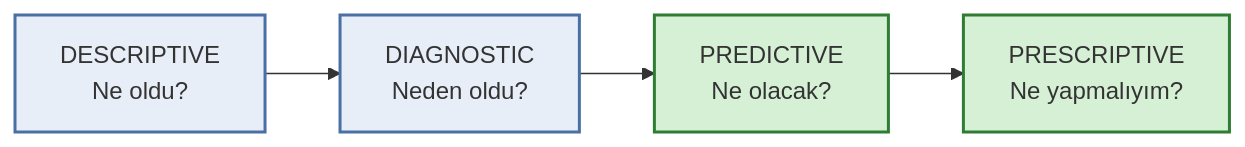
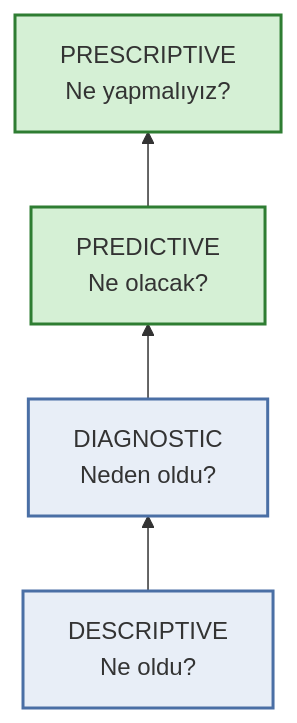
One commit to Mavrikant/mavrikant.github.io changed the first of 4 diagrams in _posts/2026-09-22-analitigin-dort-hali-descriptive-diagnostic-predictive-prescriptive.md. Above: the diagram before and after it, drawn with Mermaid. The commit also changed other lines of this file, not shown here.

```diff
--- a/_posts/2026-09-22-analitigin-dort-hali-descriptive-diagnostic-predictive-prescriptive.md
+++ b/_posts/2026-09-22-analitigin-dort-hali-descriptive-diagnostic-predictive-prescriptive.md
@@ -41,10 +50,10 @@
 <div class="mermaid">
-flowchart LR
+flowchart BT
     D["DESCRIPTIVE<br/>Ne oldu?"] --> G["DIAGNOSTIC<br/>Neden oldu?"]
     G --> P["PREDICTIVE<br/>Ne olacak?"]
-    P --> R["PRESCRIPTIVE<br/>Ne yapmalıyım?"]
+    P --> R["PRESCRIPTIVE<br/>Ne yapmalıyız?"]
     style D fill:#e8eef7,stroke:#4a6fa5,stroke-width:2px
     style G fill:#e8eef7,stroke:#4a6fa5,stroke-width:2px
     style P fill:#d5f0d5,stroke:#2e7d32,stroke-width:2px
     style R fill:#d5f0d5,stroke:#2e7d32,stroke-width:2px
 </div>
```
